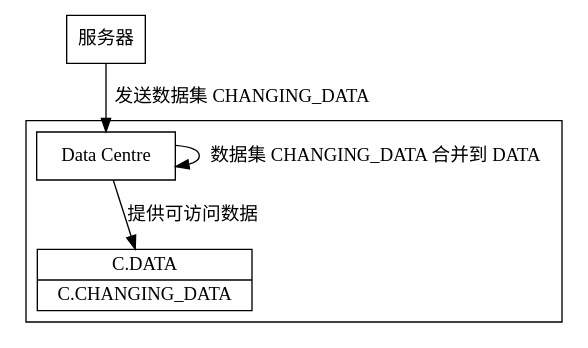
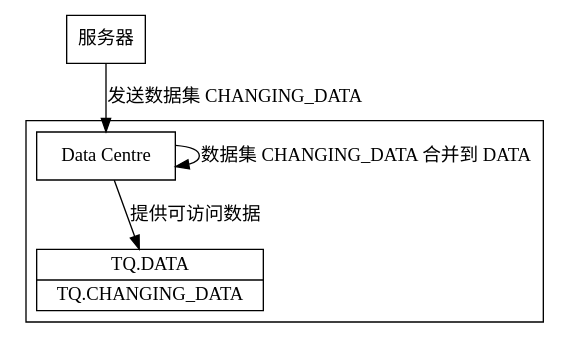
The diagram in doc/js_sdk/concept/data.rst (shinnytech/tqsdk-js), drawn with Graphviz before and after one commit. The commit also changed other lines of this file and 15 other files, not shown here.

```diff
--- a/doc/js_sdk/concept/data.rst
+++ b/doc/js_sdk/concept/data.rst
@@ -244,16 +240,16 @@
 .. graphviz::
 
     digraph dfd2{
         node[shape=record]
         subgraph level0{
-            enti1 [label="服务器" shape=box];
+            enti1 [label="服务器", shape=box, fontname="SimSun" size="20,20"];
         }
         subgraph cluster_level1{
             store [label="Data Centre"];
-            api [label="{<f0> C.DATA|<f2> C.CHANGING_DATA}"];
+            api [label="{<f0> TQ.DATA|<f2> TQ.CHANGING_DATA}"];
         }
 
-        enti1 -> store [label="发送数据集 CHANGING_DATA"];
-        store -> store [label="数据集 CHANGING_DATA 合并到 DATA"];
-        store -> api [label="提供可访问数据"];
+        enti1 -> store [label="发送数据集 CHANGING_DATA", fontname="SimSun" size="20,20"];
+        store -> store [label="数据集 CHANGING_DATA 合并到 DATA", fontname="SimSun" size="20,20"];
+        store -> api [label="提供可访问数据", fontname="SimSun" size="20,20"];
     }
```
